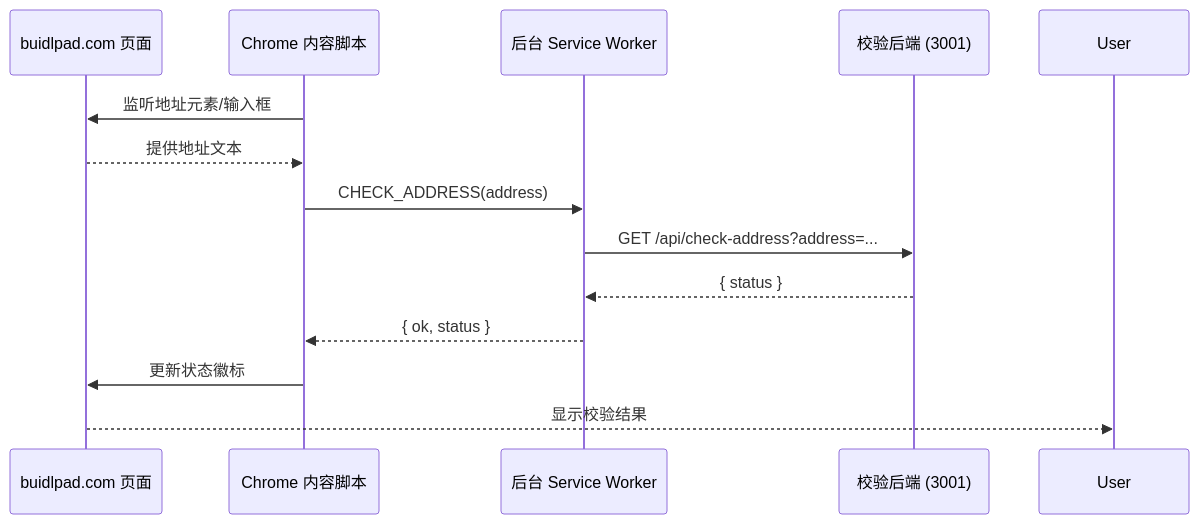
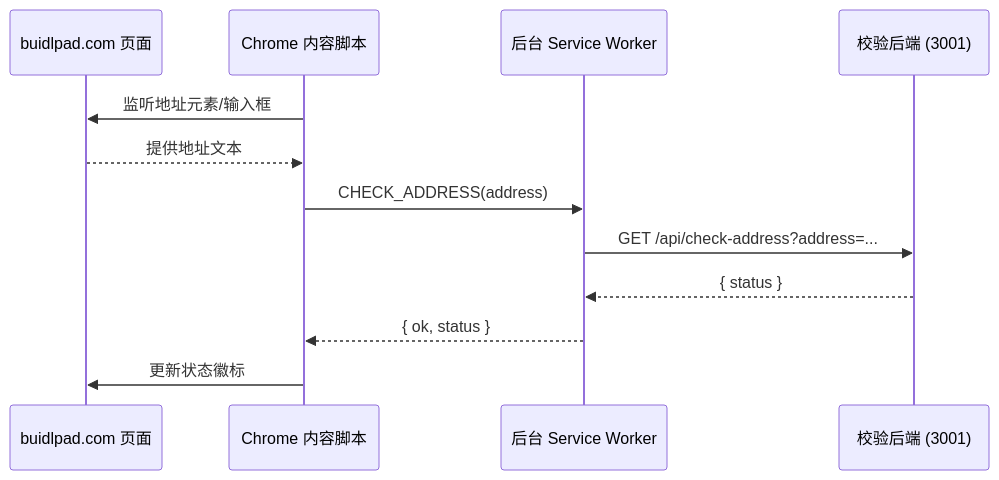
One commit to lly835/buidlpad_withdraw_check changed the diagram in diagrams/sequence.mmd. Above: the diagram before and after it, drawn with Mermaid. The commit also changed 2 other files, not shown here.

Commit message:
docs: refresh sequence diagram and images

```diff
--- a/diagrams/sequence.mmd
+++ b/diagrams/sequence.mmd
@@ -1,13 +1,12 @@
 sequenceDiagram
     participant Page as buidlpad.com 页面
     participant Content as Chrome 内容脚本
     participant Background as 后台 Service Worker
     participant API as 校验后端 (3001)
     Content->>Page: 监听地址元素/输入框
     Page-->>Content: 提供地址文本
     Content->>Background: CHECK_ADDRESS(address)
     Background->>API: GET /api/check-address?address=...
     API-->>Background: { status }
     Background-->>Content: { ok, status }
     Content->>Page: 更新状态徽标
-    Page-->>User: 显示校验结果
```
